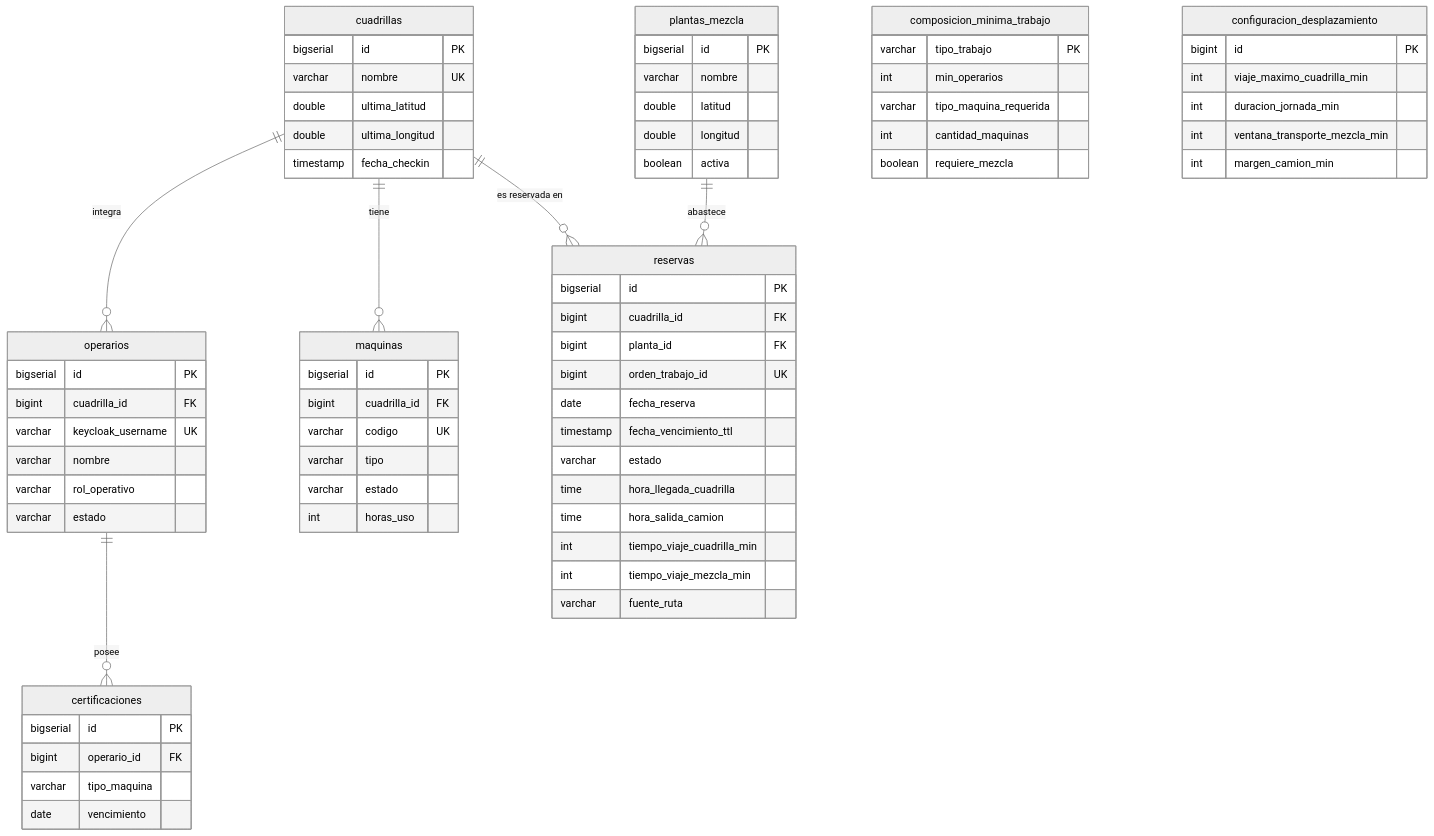
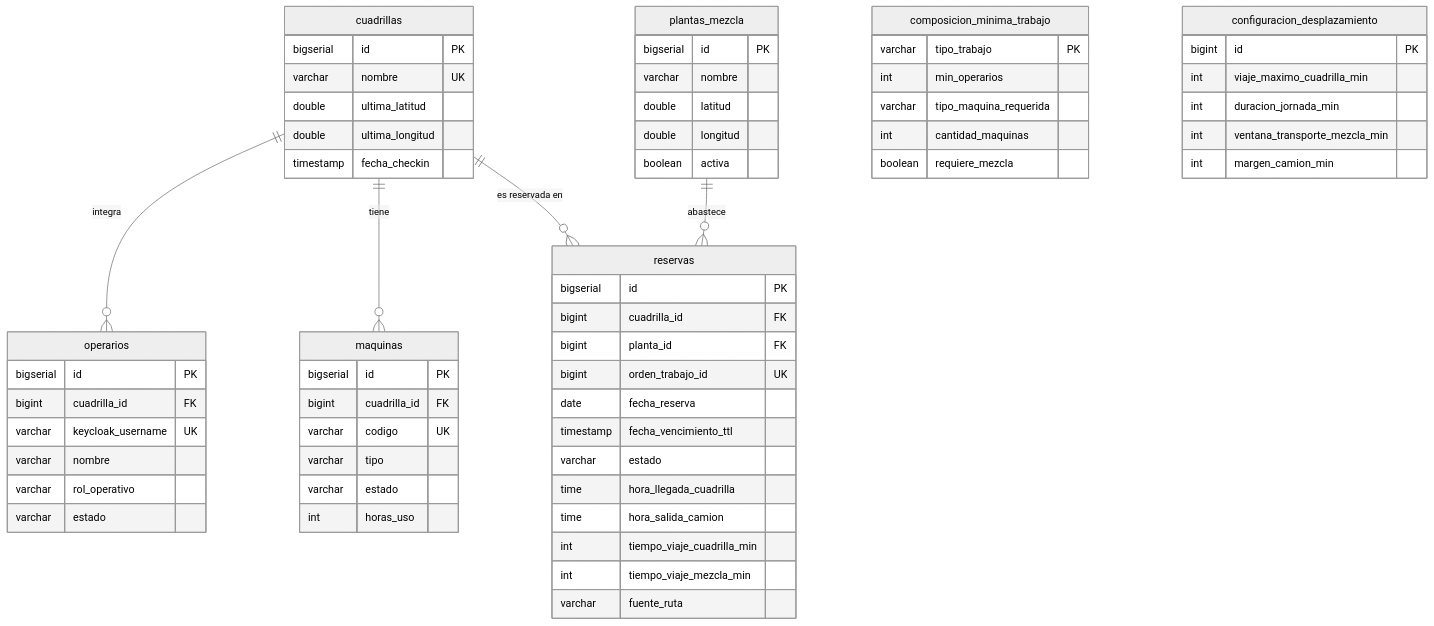
Before and after one commit to nietofede/tp_obrasViales: the fourth of 6 diagrams in docs/arquitectura.md, drawn with Mermaid (neutral theme). The commit also changed other lines of this file and 11 other files, not shown here.

````diff
--- a/docs/arquitectura.md
+++ b/docs/arquitectura.md
@@ -116,73 +116,66 @@
 ```mermaid
 erDiagram
     cuadrillas ||--o{ operarios : integra
     cuadrillas ||--o{ maquinas : tiene
-    operarios ||--o{ certificaciones : posee
     cuadrillas ||--o{ reservas : "es reservada en"
     plantas_mezcla ||--o{ reservas : "abastece"
 
     cuadrillas {
         bigserial id PK
         varchar nombre UK
         double ultima_latitud
         double ultima_longitud
         timestamp fecha_checkin
     }
     operarios {
         bigserial id PK
         bigint cuadrilla_id FK
         varchar keycloak_username UK
         varchar nombre
         varchar rol_operativo
         varchar estado
-    }
-    certificaciones {
-        bigserial id PK
-        bigint operario_id FK
-        varchar tipo_maquina
-        date vencimiento
     }
     maquinas {
         bigserial id PK
         bigint cuadrilla_id FK
         varchar codigo UK
         varchar tipo
         varchar estado
         int horas_uso
     }
     plantas_mezcla {
         bigserial id PK
         varchar nombre
         double latitud
         double longitud
         boolean activa
     }
     reservas {
         bigserial id PK
         bigint cuadrilla_id FK
         bigint planta_id FK
         bigint orden_trabajo_id UK
         date fecha_reserva
         timestamp fecha_vencimiento_ttl
         varchar estado
         time hora_llegada_cuadrilla
         time hora_salida_camion
         int tiempo_viaje_cuadrilla_min
         int tiempo_viaje_mezcla_min
         varchar fuente_ruta
     }
     composicion_minima_trabajo {
         varchar tipo_trabajo PK
         int min_operarios
         varchar tipo_maquina_requerida
         int cantidad_maquinas
         boolean requiere_mezcla
     }
     configuracion_desplazamiento {
         bigint id PK
         int viaje_maximo_cuadrilla_min
         int duracion_jornada_min
         int ventana_transporte_mezcla_min
         int margen_camion_min
     }
 ```
````
